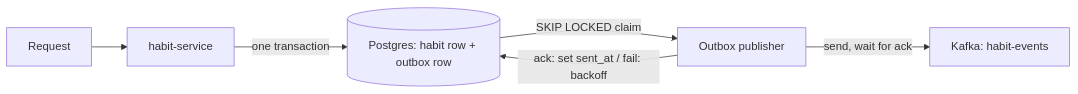
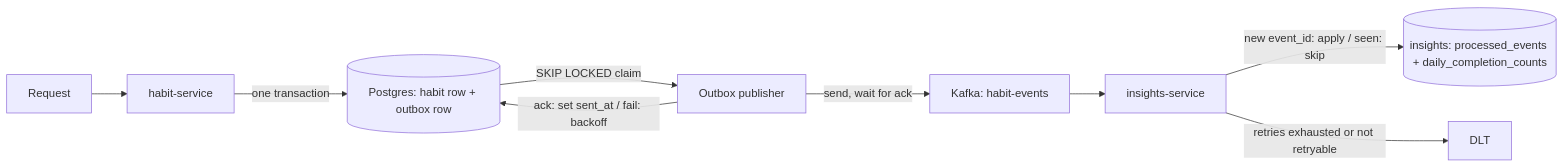
Before and after one commit to Amohamed24/habit-tracker: the second of 2 diagrams in README.md, drawn with Mermaid. The commit also changed other lines of this file and 2 other files, not shown here.

First line of the commit message:
HF-28: README rewrite for the R1 architecture (#48)

````diff
--- a/README.md
+++ b/README.md
@@ -114,8 +207,11 @@
 ```mermaid
 flowchart LR
     C[Request] --> S[habit-service]
     S -->|one transaction| P[(Postgres: habit row + outbox row)]
     P -->|SKIP LOCKED claim| O[Outbox publisher]
     O -->|send, wait for ack| K[Kafka: habit-events]
     O -->|ack: set sent_at / fail: backoff| P
+    K --> I[insights-service]
+    I -->|new event_id: apply / seen: skip| D[(insights: processed_events + daily_completion_counts)]
+    I -->|retries exhausted or not retryable| L[DLT]
 ```
````
